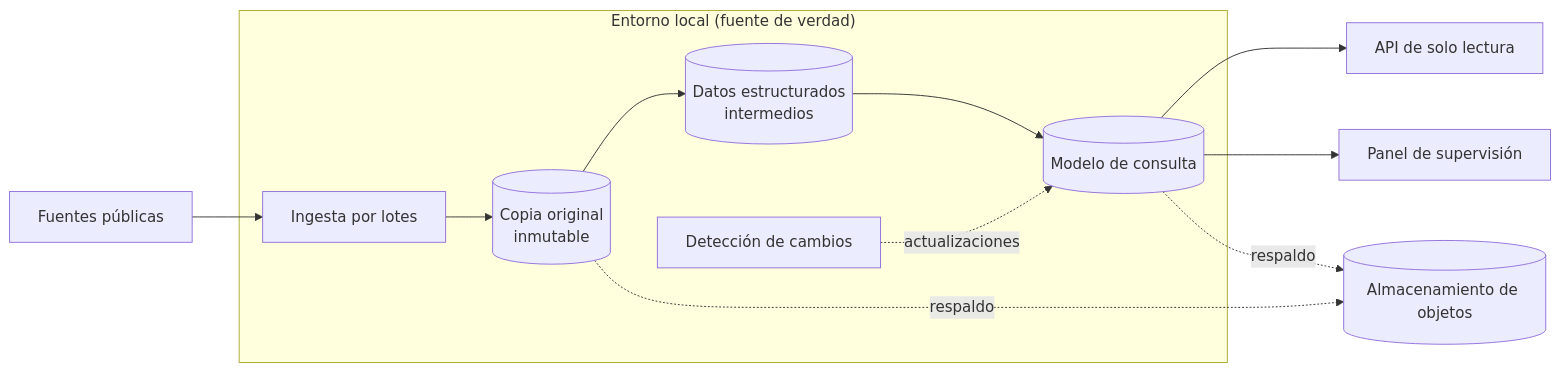
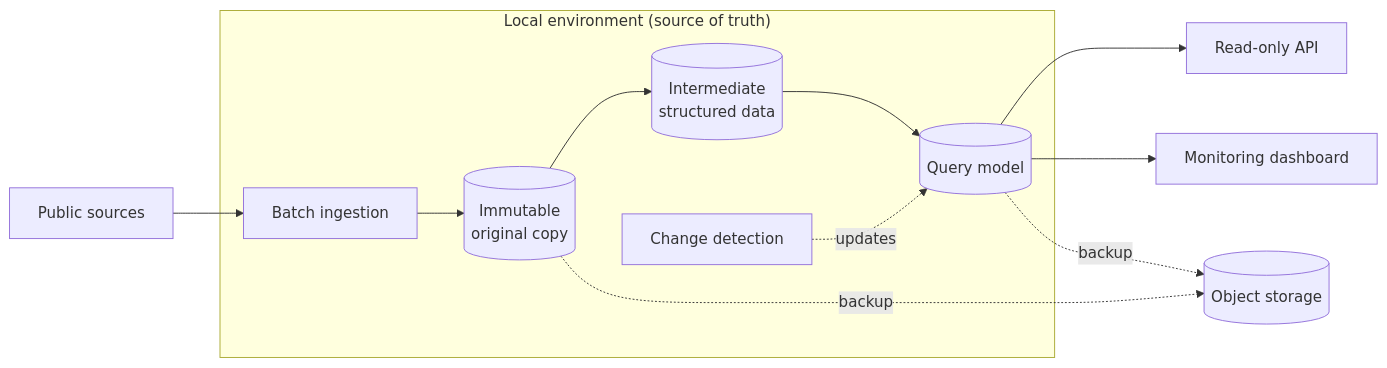
The diagram in statistical-data-platform/README.md (reMantiX2/engineering-portfolio), drawn with Mermaid before and after one commit. The commit also changed other lines of this file and 19 other files, not shown here.

````diff
--- a/statistical-data-platform/README.md
+++ b/statistical-data-platform/README.md
@@ -35,16 +37,16 @@
 ```mermaid
 graph LR
-    SRC[Fuentes públicas] --> ING
+    SRC[Public sources] --> ING
 
-    subgraph LOCAL["Entorno local (fuente de verdad)"]
-        ING[Ingesta por lotes] --> RAW[(Copia original<br/>inmutable)]
-        RAW --> MID[(Datos estructurados<br/>intermedios)]
-        MID --> DB[(Modelo de consulta)]
-        DIFF[Detección de cambios] -.->|actualizaciones| DB
+    subgraph LOCAL["Local environment (source of truth)"]
+        ING[Batch ingestion] --> RAW[(Immutable<br/>original copy)]
+        RAW --> MID[(Intermediate<br/>structured data)]
+        MID --> DB[(Query model)]
+        DIFF[Change detection] -.->|updates| DB
     end
 
-    DB --> API[API de solo lectura]
-    DB --> PAN[Panel de supervisión]
-    RAW -.->|respaldo| OBJ[(Almacenamiento de objetos)]
-    DB -.->|respaldo| OBJ
+    DB --> API[Read-only API]
+    DB --> PAN[Monitoring dashboard]
+    RAW -.->|backup| OBJ[(Object storage)]
+    DB -.->|backup| OBJ
 ```
````
